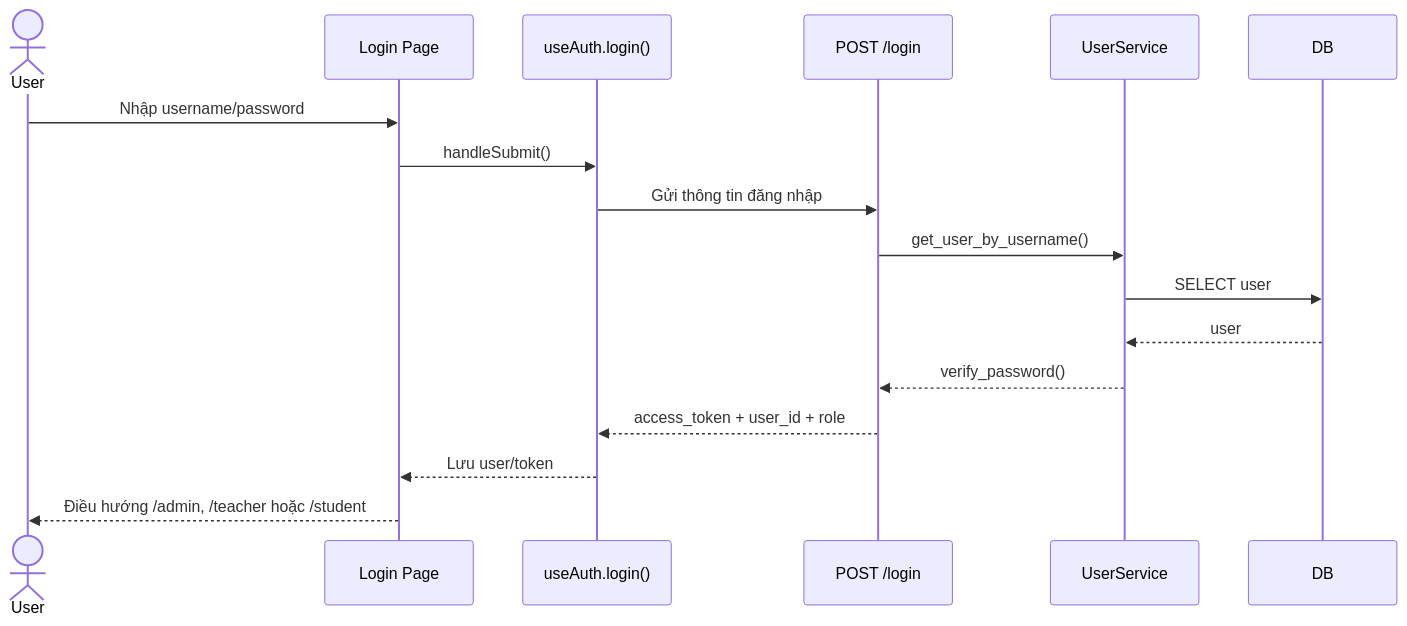
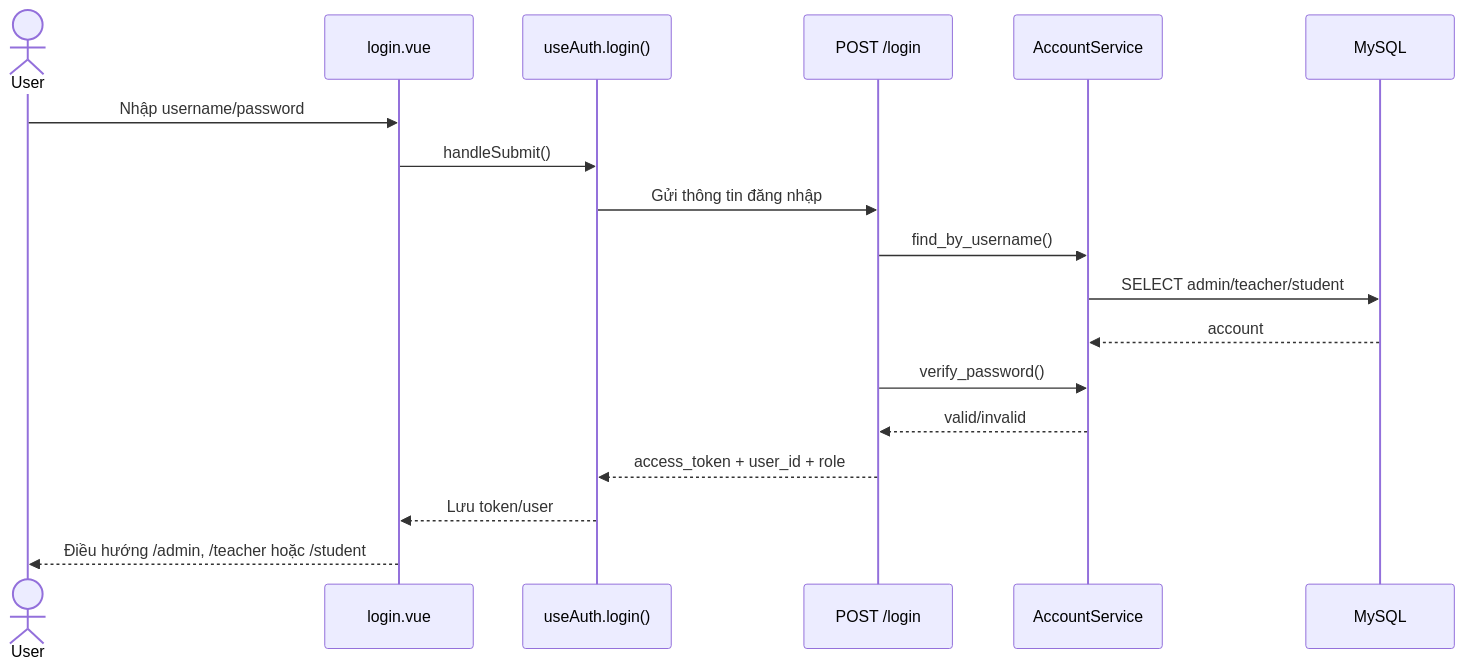
Before and after one commit to Tedomi2525/My_project: the sixth of 17 diagrams in docs/UML.md, drawn with Mermaid. The commit also changed other lines of this file and 15 other files, not shown here.

First line of the commit message:
Add new documentation files including class diagram and project report

````diff
--- a/docs/UML.md
+++ b/docs/UML.md
@@ -667,20 +557,21 @@
 ```mermaid
 sequenceDiagram
 actor User
-participant LoginPage as Login Page
-participant AuthComposable as useAuth.login()
+participant LoginPage as login.vue
+participant Auth as useAuth.login()
 participant AuthAPI as POST /login
-participant UserService
-participant DB
+participant AccountService
+participant DB as MySQL
 
 User->>LoginPage: Nhập username/password
-LoginPage->>AuthComposable: handleSubmit()
-AuthComposable->>AuthAPI: Gửi thông tin đăng nhập
-AuthAPI->>UserService: get_user_by_username()
-UserService->>DB: SELECT user
-DB-->>UserService: user
-UserService-->>AuthAPI: verify_password()
-AuthAPI-->>AuthComposable: access_token + user_id + role
-AuthComposable-->>LoginPage: Lưu user/token
+LoginPage->>Auth: handleSubmit()
+Auth->>AuthAPI: Gửi thông tin đăng nhập
+AuthAPI->>AccountService: find_by_username()
+AccountService->>DB: SELECT admin/teacher/student
+DB-->>AccountService: account
+AuthAPI->>AccountService: verify_password()
+AccountService-->>AuthAPI: valid/invalid
+AuthAPI-->>Auth: access_token + user_id + role
+Auth-->>LoginPage: Lưu token/user
 LoginPage-->>User: Điều hướng /admin, /teacher hoặc /student
 ```
````
